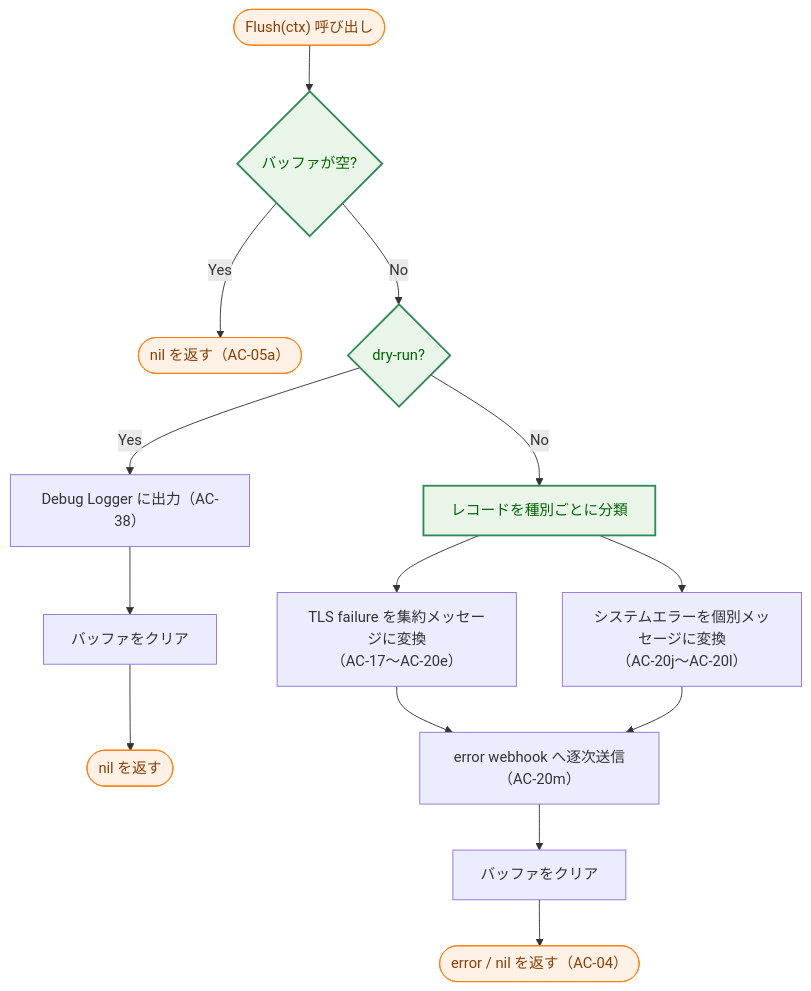
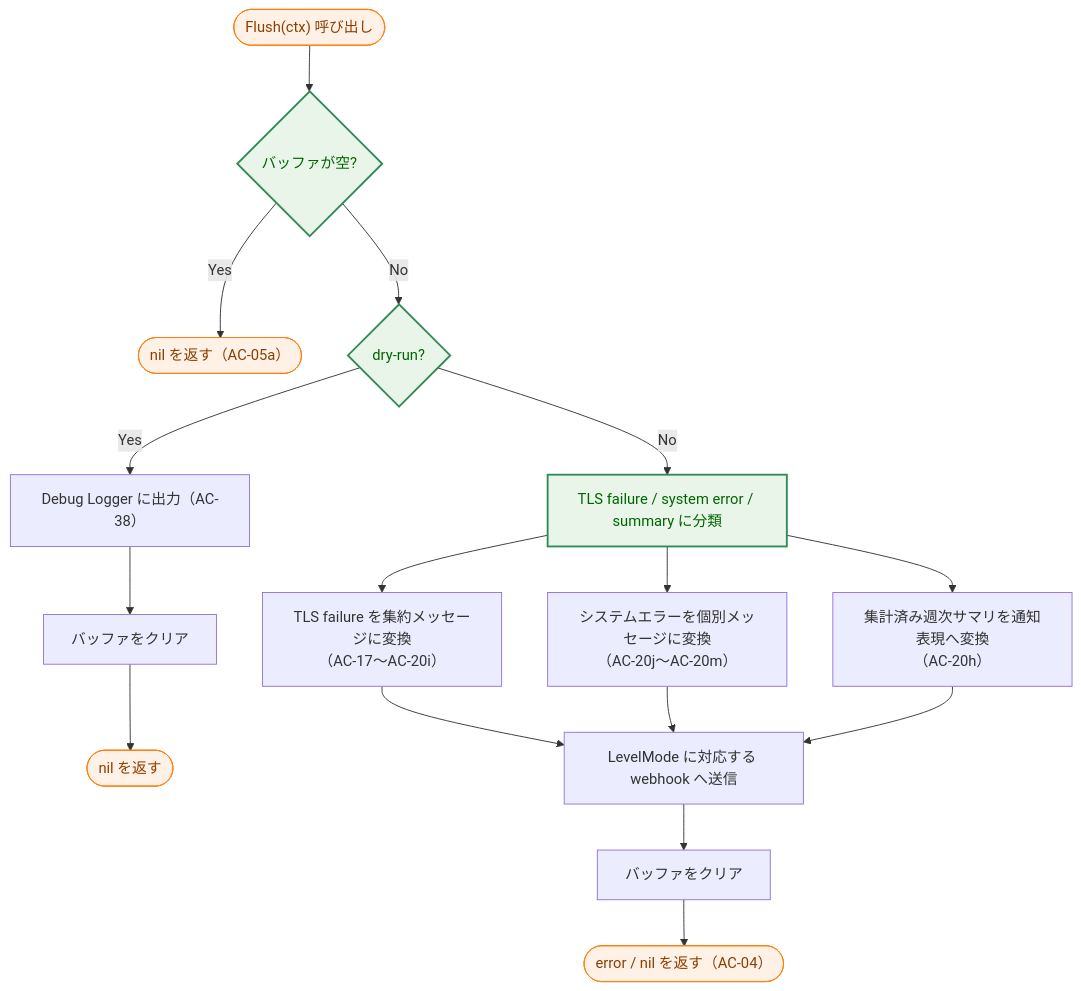
The tenth of 11 diagrams in docs/tasks/0030_slack_notify/02_architecture.md (isseis/tlsrpt-digest), drawn with Mermaid before and after one commit. The commit also changed other lines of this file, not shown here.

First line of the commit message:
docs(0030): refine architecture design based on review

````diff
--- a/docs/tasks/0030_slack_notify/02_architecture.md
+++ b/docs/tasks/0030_slack_notify/02_architecture.md
@@ -364,22 +396,24 @@
 ```mermaid
 flowchart TD
     classDef process fill:#fff1e6,stroke:#ff7f0e,stroke-width:1px,color:#8a3e00;
     classDef enhanced fill:#e8f5e8,stroke:#2e8b57,stroke-width:2px,color:#006400;
 
     Start(["Flush(ctx) 呼び出し"]) --> Empty{"バッファが空?"}
     Empty -->|"Yes"| RetNil(["nil を返す（AC-05a）"])
     Empty -->|"No"| DryRun{"dry-run?"}
     DryRun -->|"Yes"| LogDebug["Debug Logger に出力（AC-38）"]
     LogDebug --> Clear1["バッファをクリア"]
     Clear1 --> RetNil2(["nil を返す"])
-    DryRun -->|"No"| Split["レコードを種別ごとに分類"]
-    Split --> AggMsg["TLS failure を集約メッセージに変換<br>（AC-17〜AC-20e）"]
-    Split --> SysMsgs["システムエラーを個別メッセージに変換<br>（AC-20j〜AC-20l）"]
-    AggMsg --> Send["error webhook へ逐次送信（AC-20m）"]
+    DryRun -->|"No"| Split["TLS failure / system error / summary に分類"]
+    Split --> AggMsg["TLS failure を集約メッセージに変換<br>（AC-17〜AC-20i）"]
+    Split --> SysMsgs["システムエラーを個別メッセージに変換<br>（AC-20j〜AC-20m）"]
+    Split --> SummaryMsg["集計済み週次サマリを通知表現へ変換<br>（AC-20h）"]
+    AggMsg --> Send["LevelMode に対応する webhook へ送信"]
     SysMsgs --> Send
+    SummaryMsg --> Send
     Send --> Clear2["バッファをクリア"]
     Clear2 --> RetResult(["error / nil を返す（AC-04）"])
 
     class Start,RetNil,RetNil2,RetResult process
     class Empty,DryRun,Split enhanced
 ```
````
